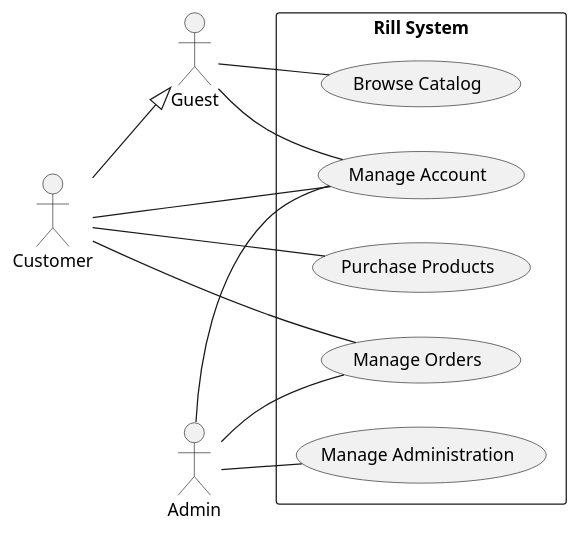
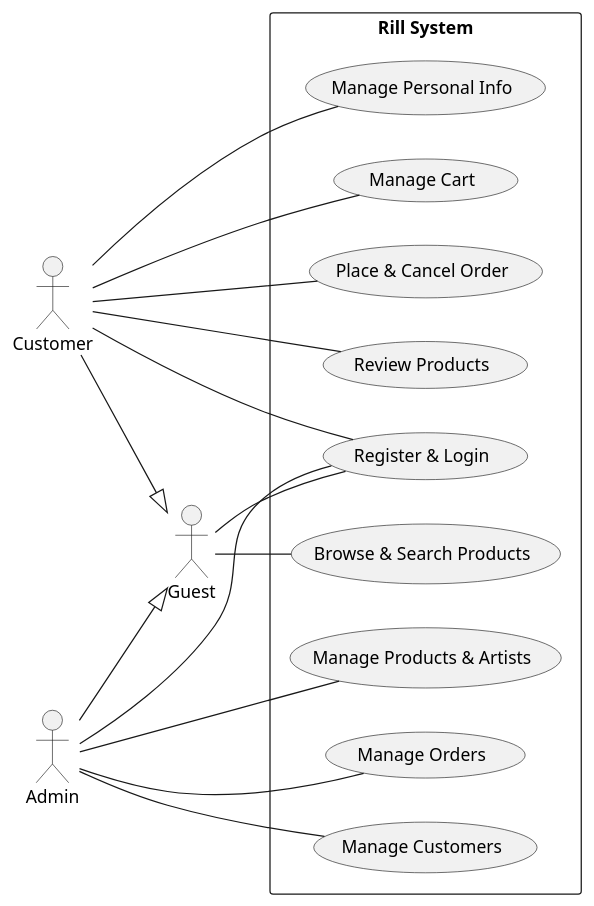
The diagram in use-case/uc-0.puml (mttk2004/rill-system), drawn with PlantUML before and after one commit. The commit also changed 2 other files, not shown here.

```diff
--- a/use-case/uc-0.puml
+++ b/use-case/uc-0.puml
@@ -1,28 +1,41 @@
 @startuml
 left to right direction
 
 actor Guest
 actor Customer
 actor Admin
 
 rectangle "Rill System" {
-  usecase "Manage Account" as UC1
-  usecase "Browse Catalog" as UC2
-  usecase "Purchase Products" as UC3
-  usecase "Manage Orders" as UC4
-  usecase "Manage Administration" as UC5
+  usecase "Register & Login" as UC_Auth
+  usecase "Manage Personal Info" as UC_Profile
+  usecase "Browse & Search Products" as UC_Browse
+  usecase "Manage Cart" as UC_Cart
+  usecase "Place & Cancel Order" as UC_Order
+  usecase "Review Products" as UC_Review
+  usecase "Manage Products & Artists" as UC_Admin_Product
+  usecase "Manage Orders" as UC_Admin_Order
+  usecase "Manage Customers" as UC_Admin_Customer
 }
 
-Guest -- UC1
-Guest -- UC2
+' Actor Relationships
+Customer --|> Guest
+Admin --|> Guest
 
-Customer --|> Guest
+' Guest Use Cases
+Guest -- UC_Auth
+Guest -- UC_Browse
 
-Customer -- UC1
-Customer -- UC3
-Customer -- UC4
+' Customer Use Cases
+Customer -- UC_Auth
+Customer -- UC_Profile
+Customer -- UC_Cart
+Customer -- UC_Order
+Customer -- UC_Review
 
-Admin -- UC1
-Admin -- UC4
-Admin -- UC5
+' Admin Use Cases
+Admin -- UC_Auth
+Admin -- UC_Admin_Product
+Admin -- UC_Admin_Order
+Admin -- UC_Admin_Customer
+
 @enduml
```
